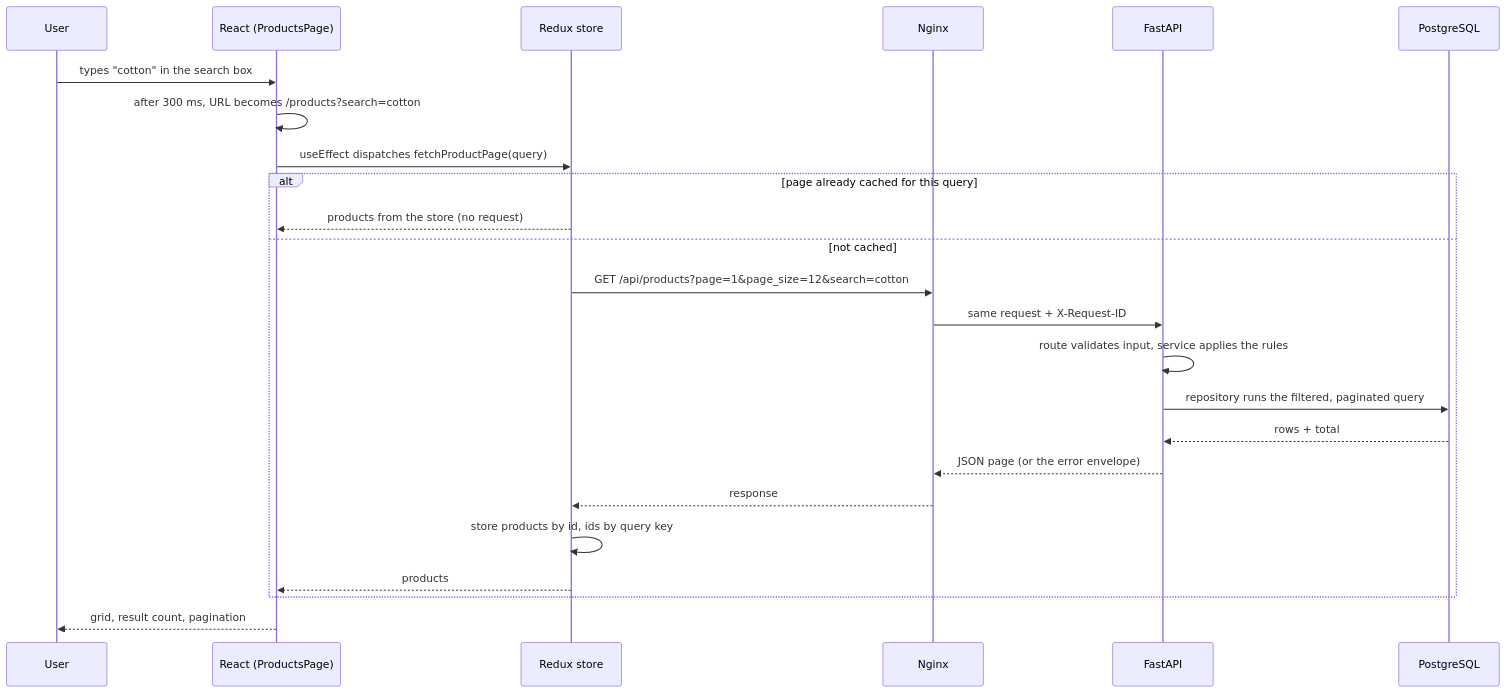
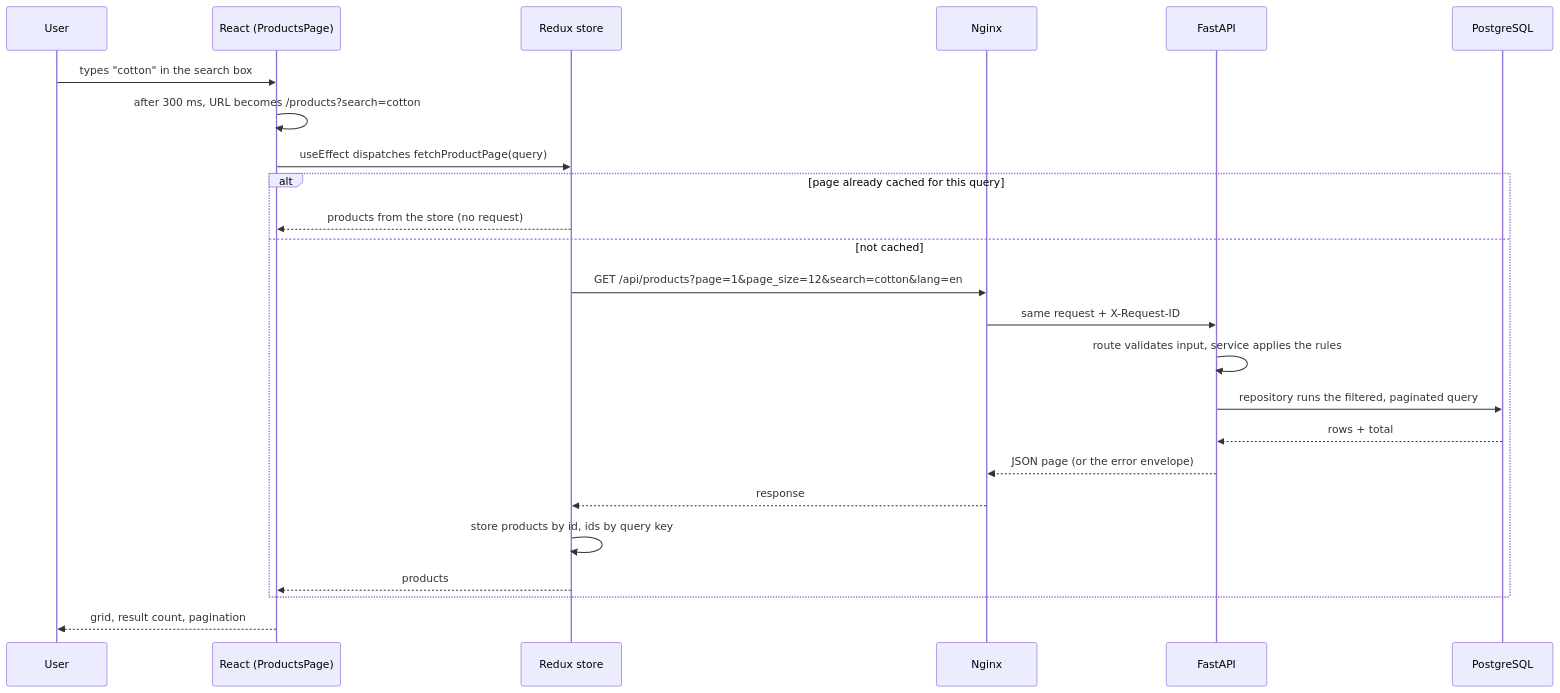
One commit to mtombolini/product-explorer changed the third of 3 diagrams in docs/architecture.md. Above: the diagram before and after it, drawn with Mermaid. The commit also changed other lines of this file and 6 other files, not shown here.

````diff
--- a/docs/architecture.md
+++ b/docs/architecture.md
@@ -71,27 +72,27 @@
 ```mermaid
 sequenceDiagram
     participant U as User
     participant R as React (ProductsPage)
     participant X as Redux store
     participant N as Nginx
     participant A as FastAPI
     participant D as PostgreSQL
 
     U->>R: types "cotton" in the search box
     R->>R: after 300 ms, URL becomes /products?search=cotton
     R->>X: useEffect dispatches fetchProductPage(query)
     alt page already cached for this query
         X-->>R: products from the store (no request)
     else not cached
-        X->>N: GET /api/products?page=1&page_size=12&search=cotton
+        X->>N: GET /api/products?page=1&page_size=12&search=cotton&lang=en
         N->>A: same request + X-Request-ID
         A->>A: route validates input, service applies the rules
         A->>D: repository runs the filtered, paginated query
         D-->>A: rows + total
         A-->>N: JSON page (or the error envelope)
         N-->>X: response
         X->>X: store products by id, ids by query key
         X-->>R: products
     end
     R-->>U: grid, result count, pagination
 ```
````
